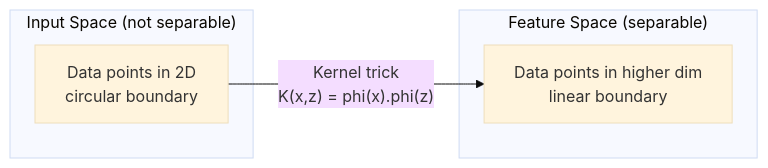
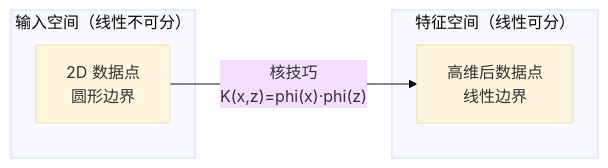
The third of 3 diagrams in phases/02-ml-fundamentals/05-support-vector-machines/docs/zh.md (omigaZen/ai-engineering-from-scratch), drawn with Mermaid (base theme) before and after one commit. The commit also changed other lines of this file and 3 other files, not shown here.

````diff
--- a/phases/02-ml-fundamentals/05-support-vector-machines/docs/zh.md
+++ b/phases/02-ml-fundamentals/05-support-vector-machines/docs/zh.md
@@ -198,10 +178,10 @@
 ```mermaid
 graph LR
-    subgraph "Input Space (not separable)"
-        A["Data points in 2D<br>circular boundary"]
+    subgraph "输入空间（线性不可分）"
+        A["2D 数据点<br>圆形边界"]
     end
-    subgraph "Feature Space (separable)"
-        B["Data points in higher dim<br>linear boundary"]
+    subgraph "特征空间（线性可分）"
+        B["高维后数据点<br>线性边界"]
     end
-    A -->|"Kernel trick<br>K(x,z) = phi(x).phi(z)"| B
+    A -->|"核技巧<br>K(x,z)=phi(x)·phi(z)"| B
 ```
````
